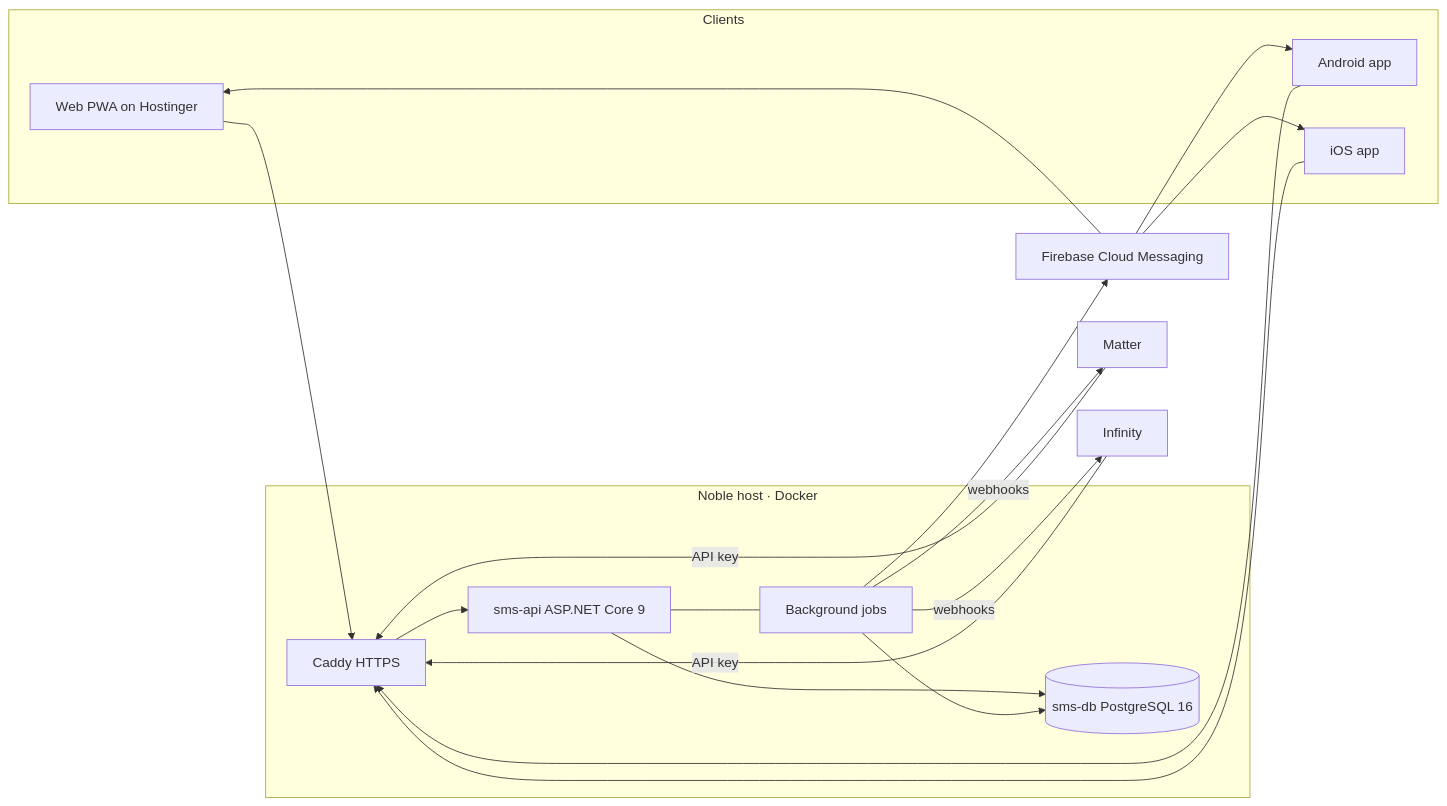
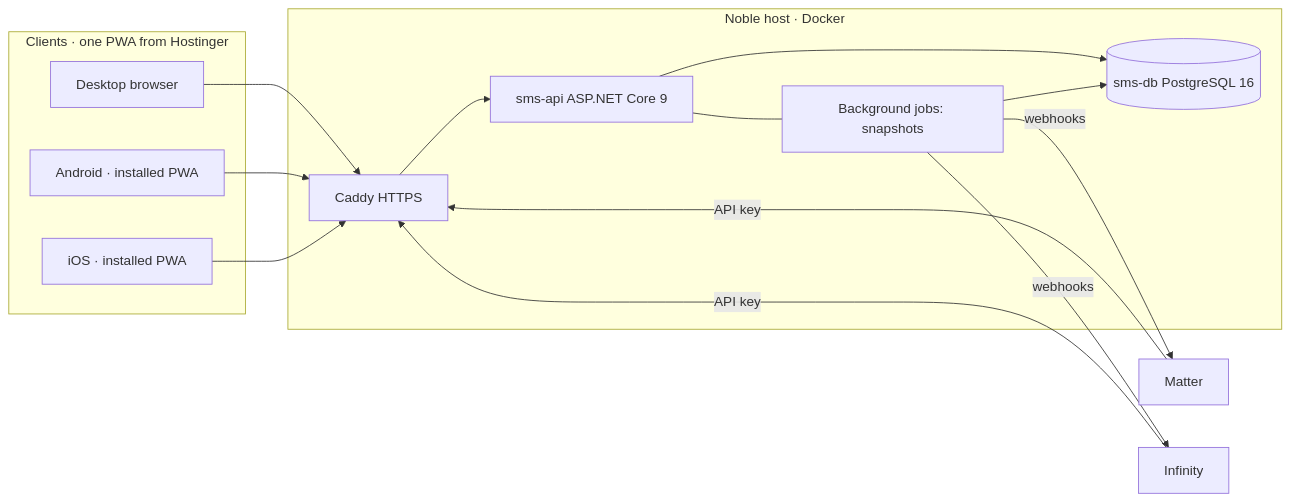
Before and after one commit to JaskiratOberoi/Stellar-checklist: the diagram in docs/01-architecture.md, drawn with Mermaid. The commit also changed other lines of this file and 5 other files, not shown here.

Commit message:
Park notifications: PWA-only mobile, no Firebase/Capacitor in scope

````diff
--- a/docs/01-architecture.md
+++ b/docs/01-architecture.md
@@ -26,32 +26,27 @@
 ```mermaid
 flowchart LR
-  subgraph clients [Clients]
-    Web[Web PWA on Hostinger]
-    And[Android app]
-    Ios[iOS app]
+  subgraph clients [Clients · one PWA from Hostinger]
+    Web[Desktop browser]
+    And[Android · installed PWA]
+    Ios[iOS · installed PWA]
   end
   subgraph host [Noble host · Docker]
     Caddy[Caddy HTTPS]
     Api[sms-api ASP.NET Core 9]
-    Jobs[Background jobs]
+    Jobs[Background jobs: snapshots]
     Pg[(sms-db PostgreSQL 16)]
     Api --- Jobs
     Api --> Pg
     Jobs --> Pg
     Caddy --> Api
   end
-  FCM[Firebase Cloud Messaging]
   Matter[Matter]
   Inf[Infinity]
   Web --> Caddy
   And --> Caddy
   Ios --> Caddy
-  Jobs --> FCM
-  FCM --> And
-  FCM --> Ios
-  FCM --> Web
   Matter -->|API key| Caddy
   Inf -->|API key| Caddy
   Jobs -->|webhooks| Matter
   Jobs -->|webhooks| Inf
 ```
````
